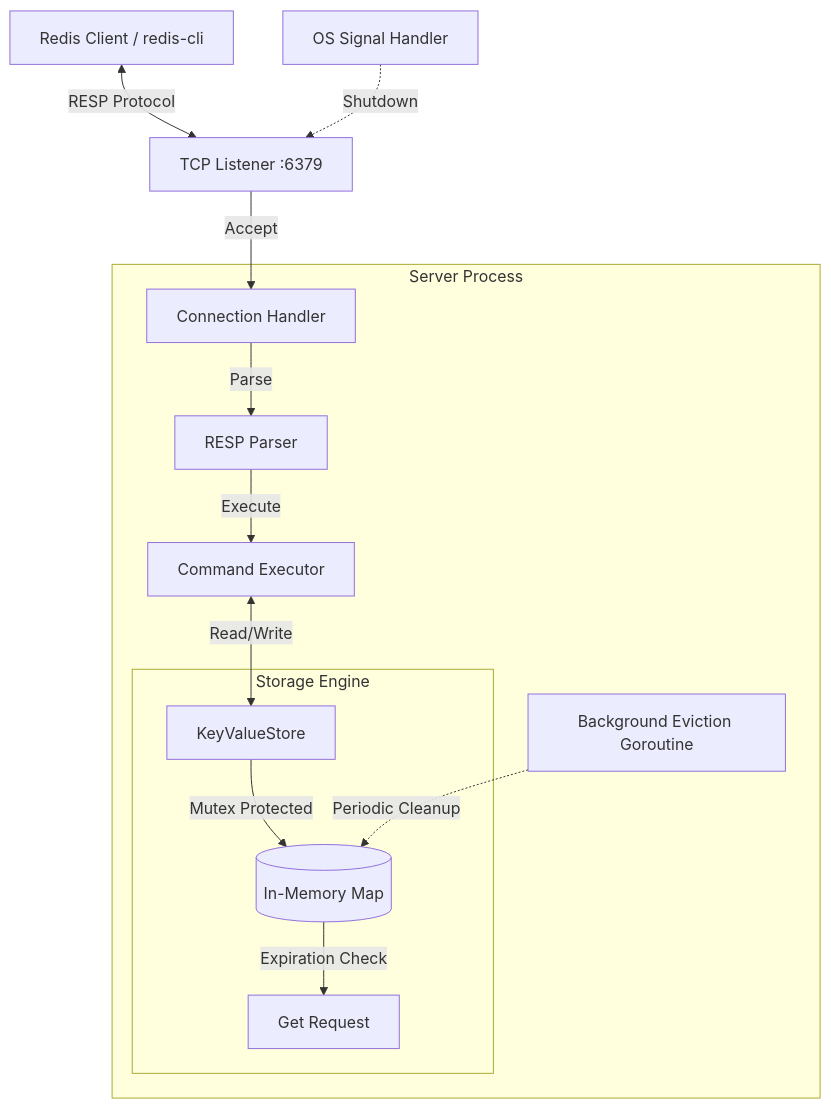
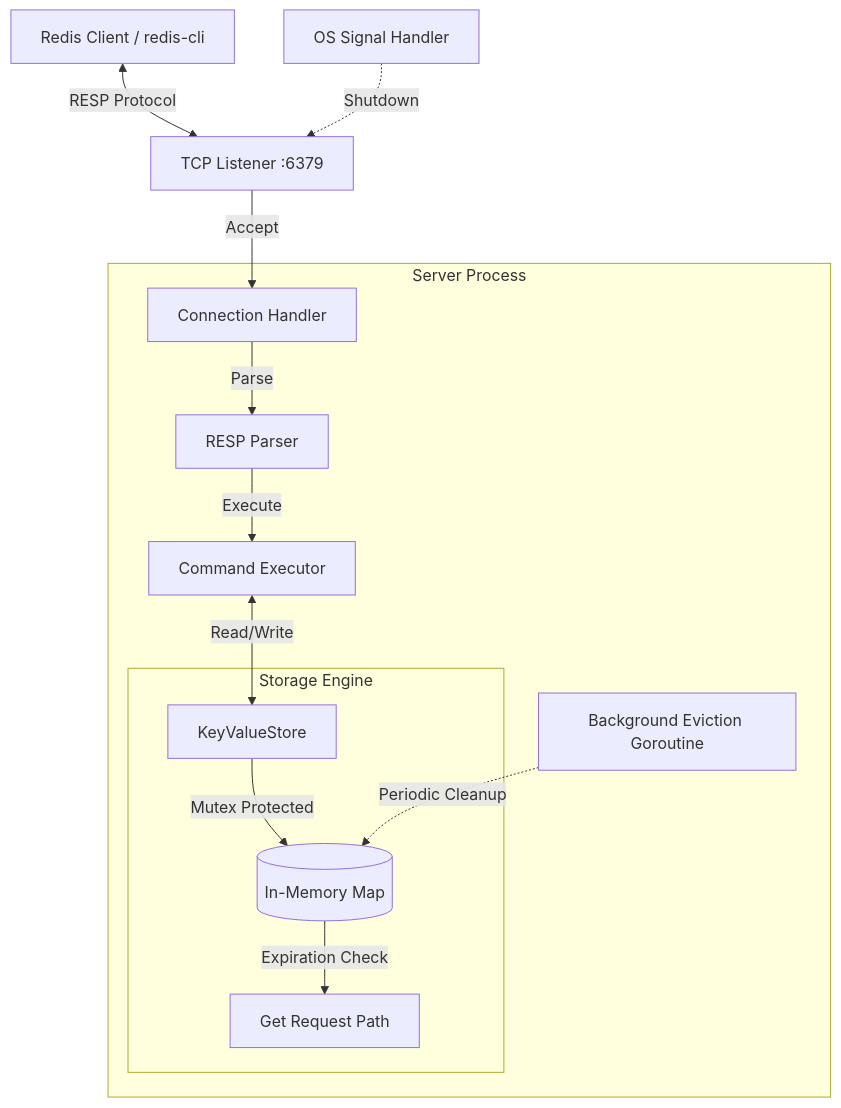
Before and after one commit to kunal-1207/redis-personal-project: the diagram in README.md, drawn with Mermaid. The commit also changed other lines of this file, not shown here.

````diff
--- a/README.md
+++ b/README.md
@@ -24,20 +59,20 @@
 ```mermaid
 graph TD
     Client[Redis Client / redis-cli] <-->|RESP Protocol| Listener[TCP Listener :6379]
     Listener -->|Accept| Handler[Connection Handler]
     
     subgraph "Server Process"
         Handler -->|Parse| Parser[RESP Parser]
         Parser -->|Execute| Exec[Command Executor]
         Exec <-->|Read/Write| Store[KeyValueStore]
         
         subgraph "Storage Engine"
             Store -->|Mutex Protected| Data[(In-Memory Map)]
-            Data -->|Expiration Check| Get[Get Request]
+            Data -->|Expiration Check| Get[Get Request Path]
         end
         
         Evictor[Background Eviction Goroutine] -.->|Periodic Cleanup| Data
     end
     
     Signal[OS Signal Handler] -.->|Shutdown| Listener
 ```
````
